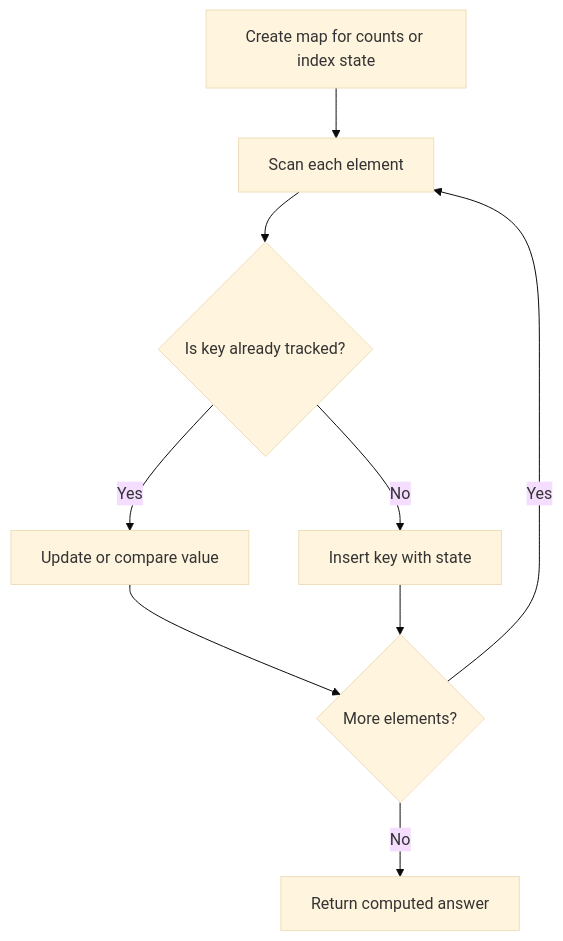
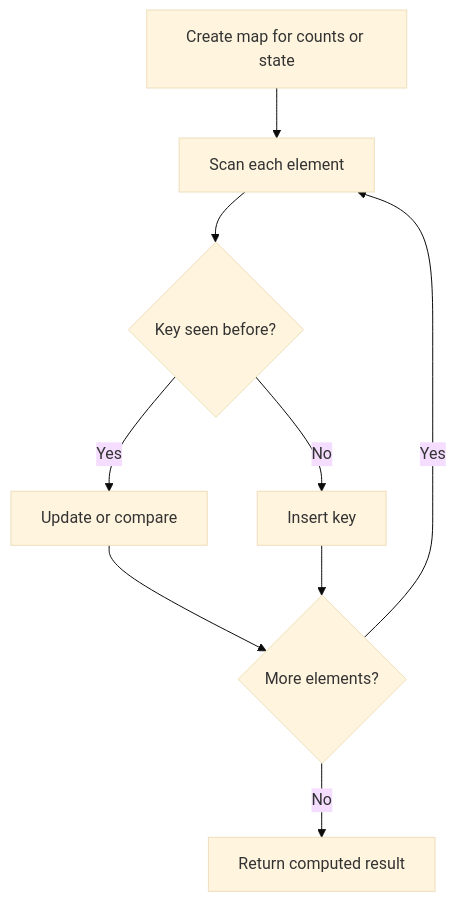
One commit to keshav-poojary/Leetcode changed the diagram in NeetCode-Submissions/03.sliding-window/02.longest-substring-without-repeating-substring/readme.md. Above: the diagram before and after it, drawn with Mermaid (base theme). The commit also changed other lines of this file and 121 other files, not shown here.

````diff
--- a/NeetCode-Submissions/03.sliding-window/02.longest-substring-without-repeating-substring/readme.md
+++ b/NeetCode-Submissions/03.sliding-window/02.longest-substring-without-repeating-substring/readme.md
@@ -34,11 +34,11 @@
 ```mermaid
 flowchart TD
-    A[Create map for counts or index state] --> B[Scan each element]
-    B --> C{Is key already tracked?}
-    C -- Yes --> D[Update or compare value]
-    C -- No --> E[Insert key with state]
+    A[Create map for counts or state] --> B[Scan each element]
+    B --> C{Key seen before?}
+    C -- Yes --> D[Update or compare]
+    C -- No --> E[Insert key]
     D --> F{More elements?}
     E --> F
     F -- Yes --> B
-    F -- No --> G[Return computed answer]
+    F -- No --> G[Return computed result]
 ```
````
